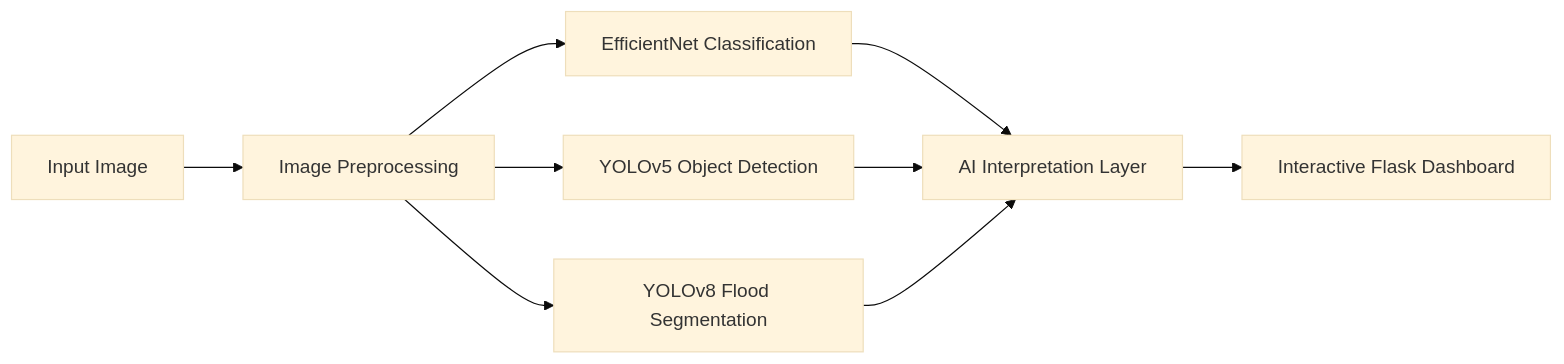
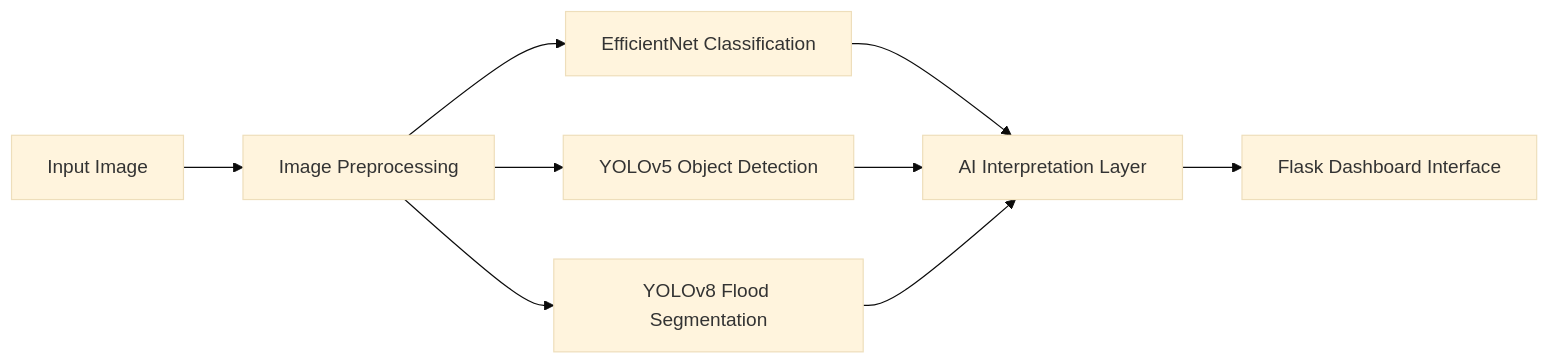
The diagram in README.md (WASAN-ALMUTAAN1/Emergency-Smart-Flood-Alerting-System), drawn with Mermaid (base theme) before and after one commit. The commit also changed other lines of this file, not shown here.

````diff
--- a/README.md
+++ b/README.md
@@ -67,15 +116,11 @@
 ```mermaid
 flowchart LR
-
 A[Input Image] --> B[Image Preprocessing]
-
 B --> C[EfficientNet Classification]
 B --> D[YOLOv5 Object Detection]
 B --> E[YOLOv8 Flood Segmentation]
-
 C --> F[AI Interpretation Layer]
 D --> F
 E --> F
-
-F --> G[Interactive Flask Dashboard]
+F --> G[Flask Dashboard Interface]
 ```
````
